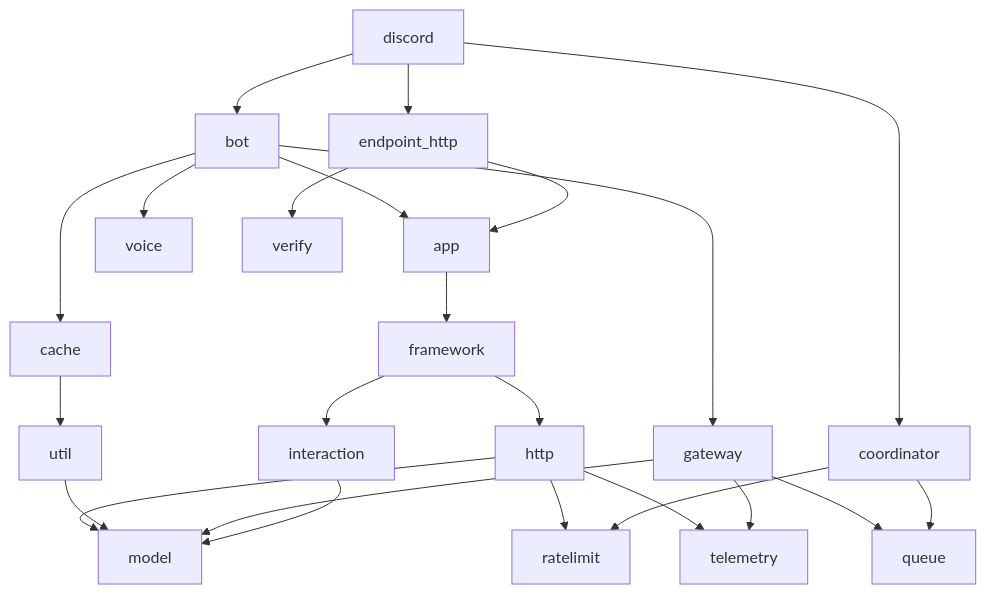
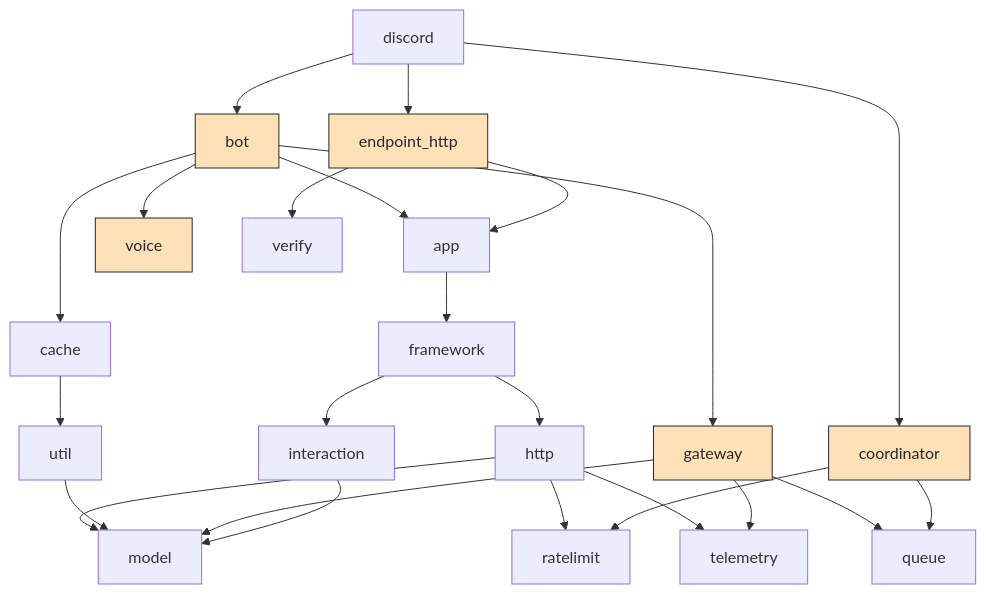
One commit to gaato/discord.mbt changed the diagram in docs/packages.mmd. Above: the diagram before and after it, drawn with Mermaid. The commit also changed 3 other files, not shown here.

Commit message:
Color the package graph by JS support

```diff
--- a/docs/packages.mmd
+++ b/docs/packages.mmd
@@ -1,24 +1,26 @@
 graph TD
+  classDef nativeOnly fill:#FFE1B8,stroke:#27272A,color:#27272A
   app --> framework
   bot --> app
   bot --> cache
   bot --> voice
   bot --> gateway
   http --> model
   http --> ratelimit
   http --> telemetry
   util --> model
   cache --> util
   discord --> bot
   discord --> coordinator
   discord --> endpoint_http
   gateway --> model
   gateway --> queue
   gateway --> telemetry
   framework --> http
   framework --> interaction
   coordinator --> queue
   coordinator --> ratelimit
   interaction --> model
   endpoint_http --> app
   endpoint_http --> verify
+  class bot,voice,gateway,coordinator,endpoint_http nativeOnly
```
